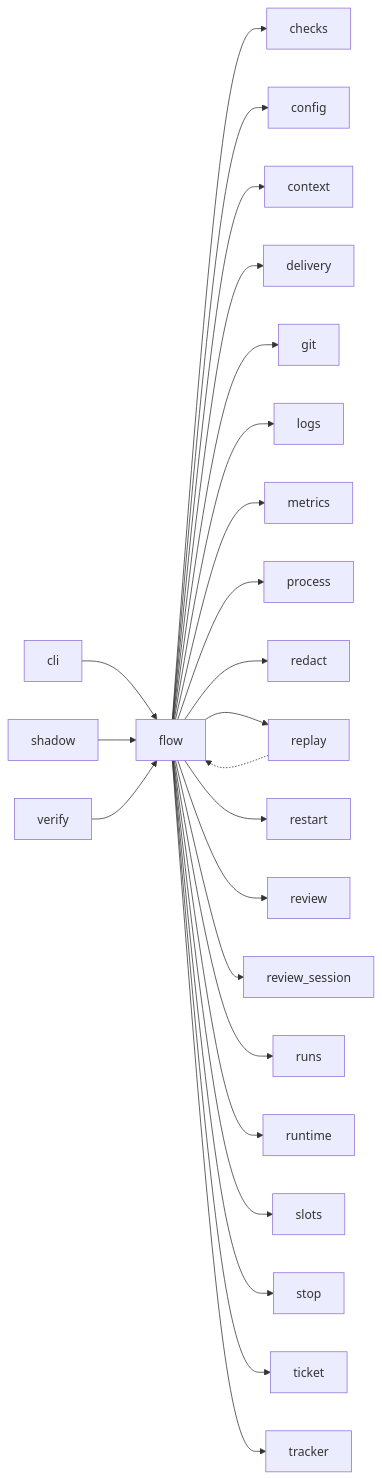
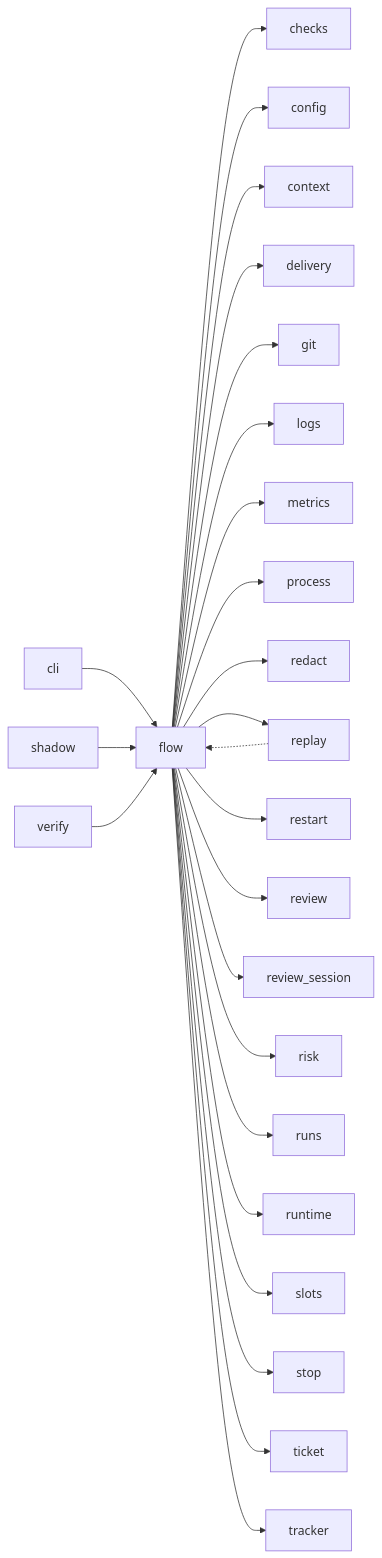
The third of 3 diagrams in docs/architecture/modules/flow.md (plaplanche/ariane), drawn with Mermaid before and after one commit. The commit also changed other lines of this file and 29 other files, not shown here.

````diff
--- a/docs/architecture/modules/flow.md
+++ b/docs/architecture/modules/flow.md
@@ -119,26 +120,27 @@
 ```mermaid
 flowchart LR
   cli --> flow
   flow --> checks
   flow --> config
   flow --> context
   flow --> delivery
   flow --> git
   flow --> logs
   flow --> metrics
   flow --> process
   flow --> redact
   flow --> replay
   flow --> restart
   flow --> review
   flow --> review_session
+  flow --> risk
   flow --> runs
   flow --> runtime
   flow --> slots
   flow --> stop
   flow --> ticket
   flow --> tracker
   replay -.-> flow
   shadow --> flow
   verify --> flow
 ```
````
